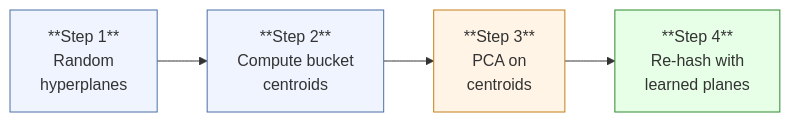
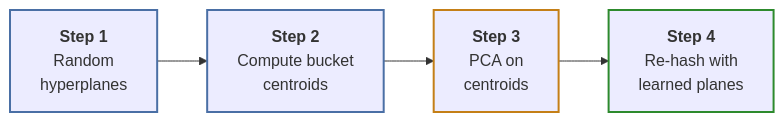
Before and after one commit to jdonaldson/dyf: the first of 4 diagrams in docs/how-it-works.qmd, drawn with Mermaid. The commit also changed other lines of this file and 1 other file, not shown here.

First line of the commit message:
Fix Mermaid rendering: use <br/> for line breaks, stroke-only for theme compat

````diff
--- a/docs/how-it-works.qmd
+++ b/docs/how-it-works.qmd
@@ -19,12 +19,12 @@
 ```{mermaid}
 %%| fig-width: 8
 flowchart LR
-    A["**Step 1**\nRandom\nhyperplanes"] --> B["**Step 2**\nCompute bucket\ncentroids"]
-    B --> C["**Step 3**\nPCA on\ncentroids"]
-    C --> D["**Step 4**\nRe-hash with\nlearned planes"]
+    A["<b>Step 1</b><br/>Random<br/>hyperplanes"] --> B["<b>Step 2</b><br/>Compute bucket<br/>centroids"]
+    B --> C["<b>Step 3</b><br/>PCA on<br/>centroids"]
+    C --> D["<b>Step 4</b><br/>Re-hash with<br/>learned planes"]
 
-    style A fill:#f0f4ff,stroke:#4a6fa5
-    style B fill:#f0f4ff,stroke:#4a6fa5
-    style C fill:#fff4e6,stroke:#c47f17
-    style D fill:#e6ffe6,stroke:#2d8a2d
+    style A stroke:#4a6fa5,stroke-width:2
+    style B stroke:#4a6fa5,stroke-width:2
+    style C stroke:#c47f17,stroke-width:2
+    style D stroke:#2d8a2d,stroke-width:2
 ```
````
